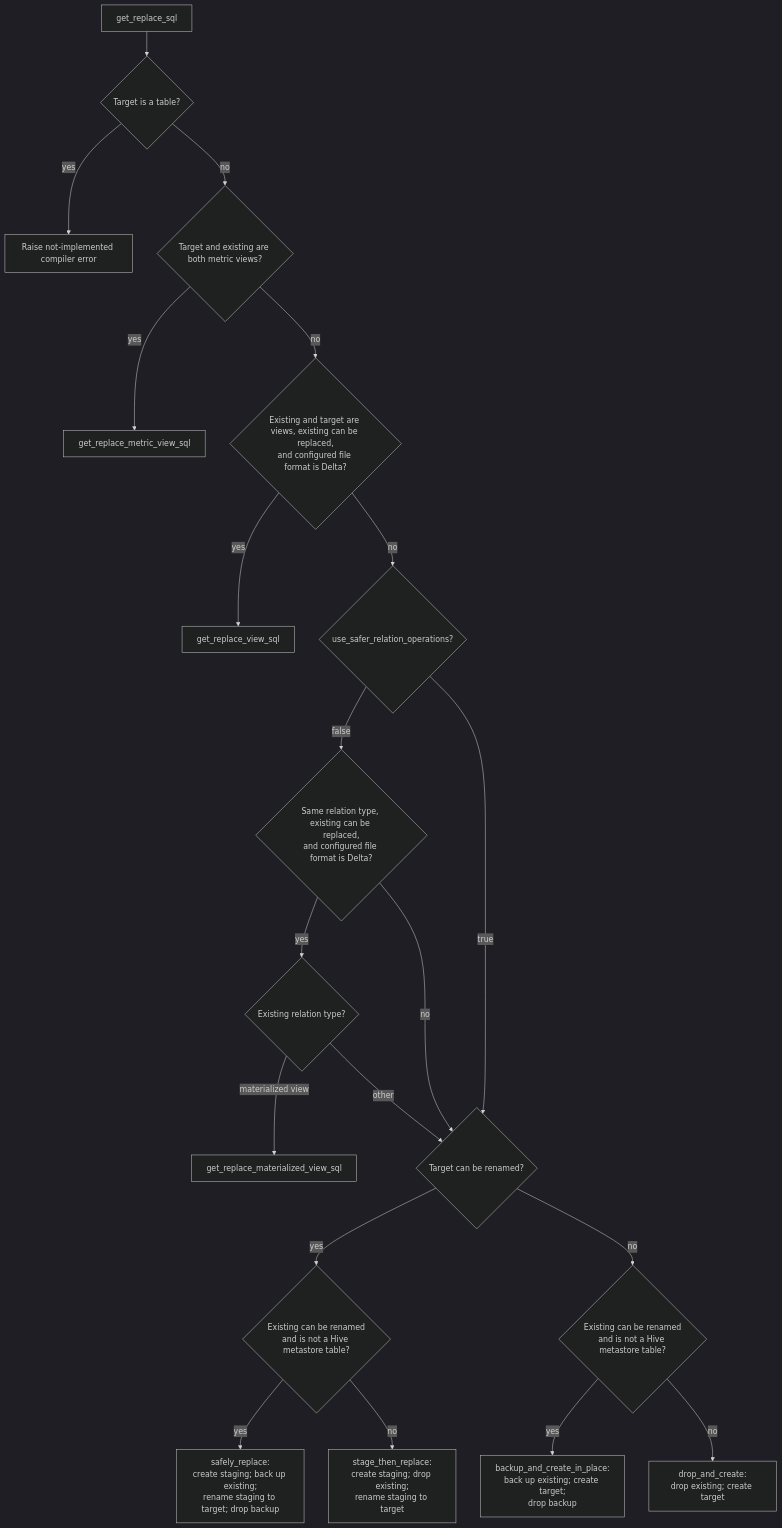
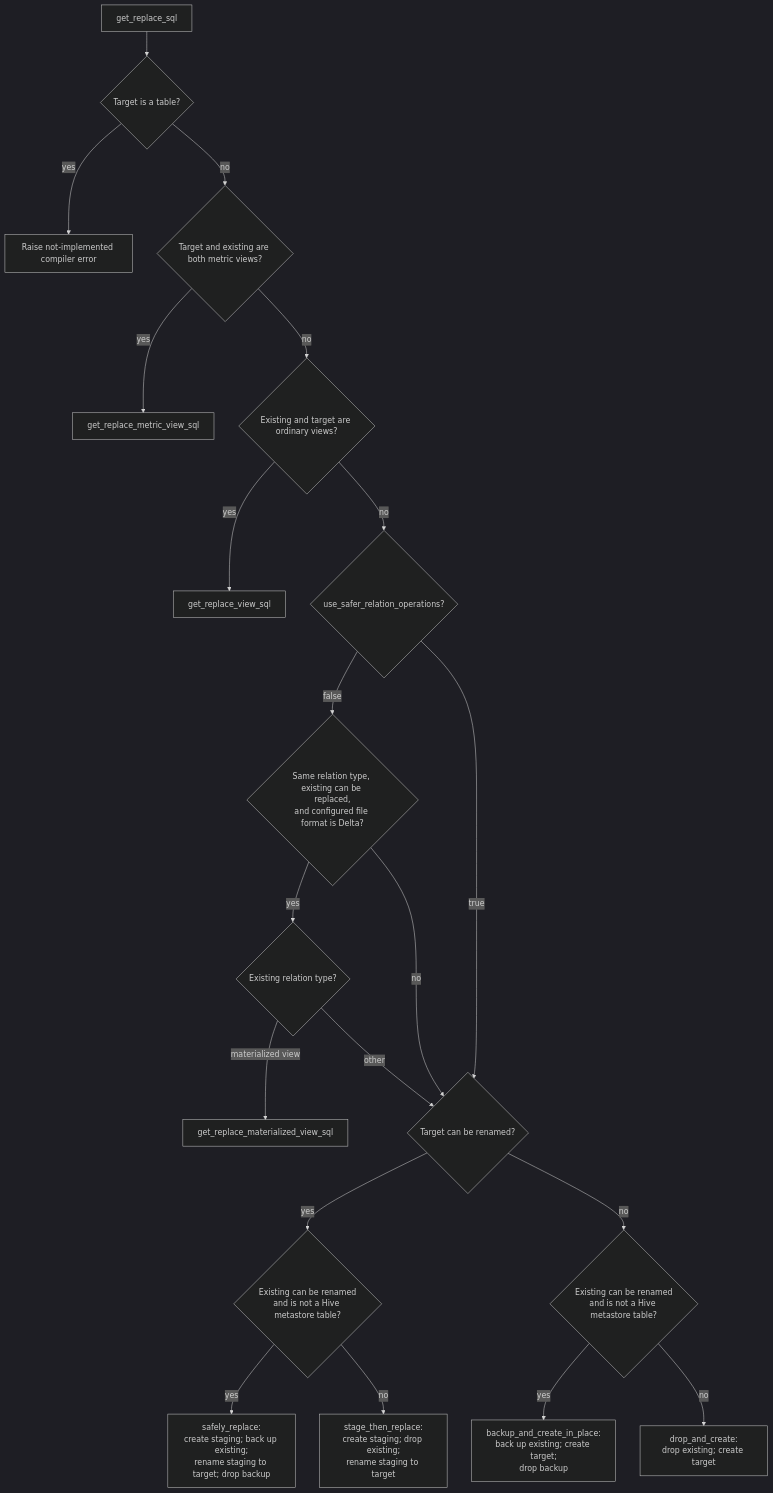
The diagram in docs/flow/replace_flow.md (databricks/dbt-databricks), drawn with Mermaid (dark theme) before and after one commit. The commit also changed other lines of this file and 5 other files, not shown here.

Commit message:
fix: replace views regardless of inherited file format

````diff
--- a/docs/flow/replace_flow.md
+++ b/docs/flow/replace_flow.md
@@ -16,24 +16,24 @@
 ```mermaid
 flowchart TD
     START[get_replace_sql] --> TABLE{Target is a table?}
     TABLE -- yes --> ERROR[Raise not-implemented compiler error]
     TABLE -- no --> METRIC{Target and existing are both metric views?}
     METRIC -- yes --> METRICSQL[get_replace_metric_view_sql]
-    METRIC -- no --> VIEW{"Existing and target are views, existing can be replaced,\nand configured file format is Delta?"}
+    METRIC -- no --> VIEW{"Existing and target are ordinary views?"}
     VIEW -- yes --> VIEWSQL[get_replace_view_sql]
     VIEW -- no --> SAFE{use_safer_relation_operations?}
 
     SAFE -- false --> DIRECT{"Same relation type, existing can be replaced,\nand configured file format is Delta?"}
     DIRECT -- yes --> TYPE{Existing relation type?}
     TYPE -- "materialized view" --> MVSQL[get_replace_materialized_view_sql]
     DIRECT -- no --> TARGETRENAME{Target can be renamed?}
     TYPE -- other --> TARGETRENAME
     SAFE -- true --> TARGETRENAME
 
     TARGETRENAME -- yes --> EXISTRENAME1{"Existing can be renamed\nand is not a Hive metastore table?"}
     TARGETRENAME -- no --> EXISTRENAME2{"Existing can be renamed\nand is not a Hive metastore table?"}
     EXISTRENAME1 -- yes --> SAFELY["safely_replace:<br/>create staging; back up existing;<br/>rename staging to target; drop backup"]
     EXISTRENAME1 -- no --> STAGE["stage_then_replace:<br/>create staging; drop existing;<br/>rename staging to target"]
     EXISTRENAME2 -- yes --> BACKUP["backup_and_create_in_place:<br/>back up existing; create target;<br/>drop backup"]
     EXISTRENAME2 -- no --> DROP["drop_and_create:<br/>drop existing; create target"]
 ```
````
